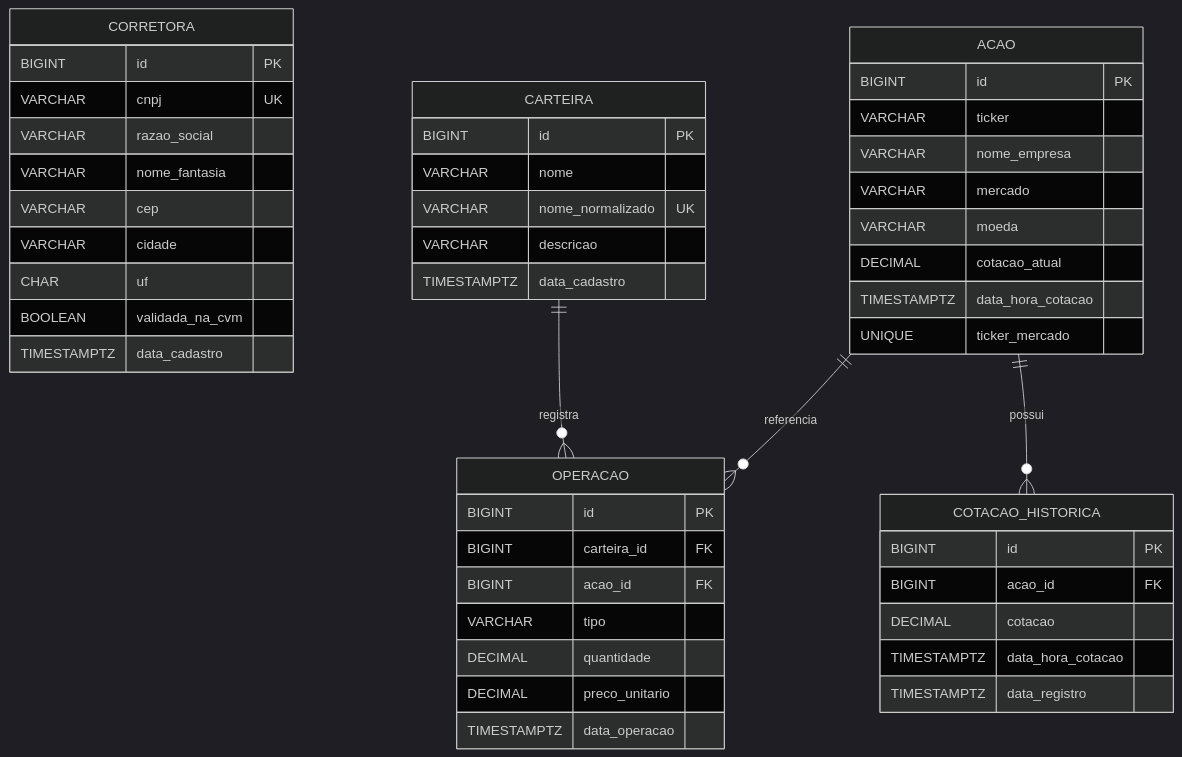
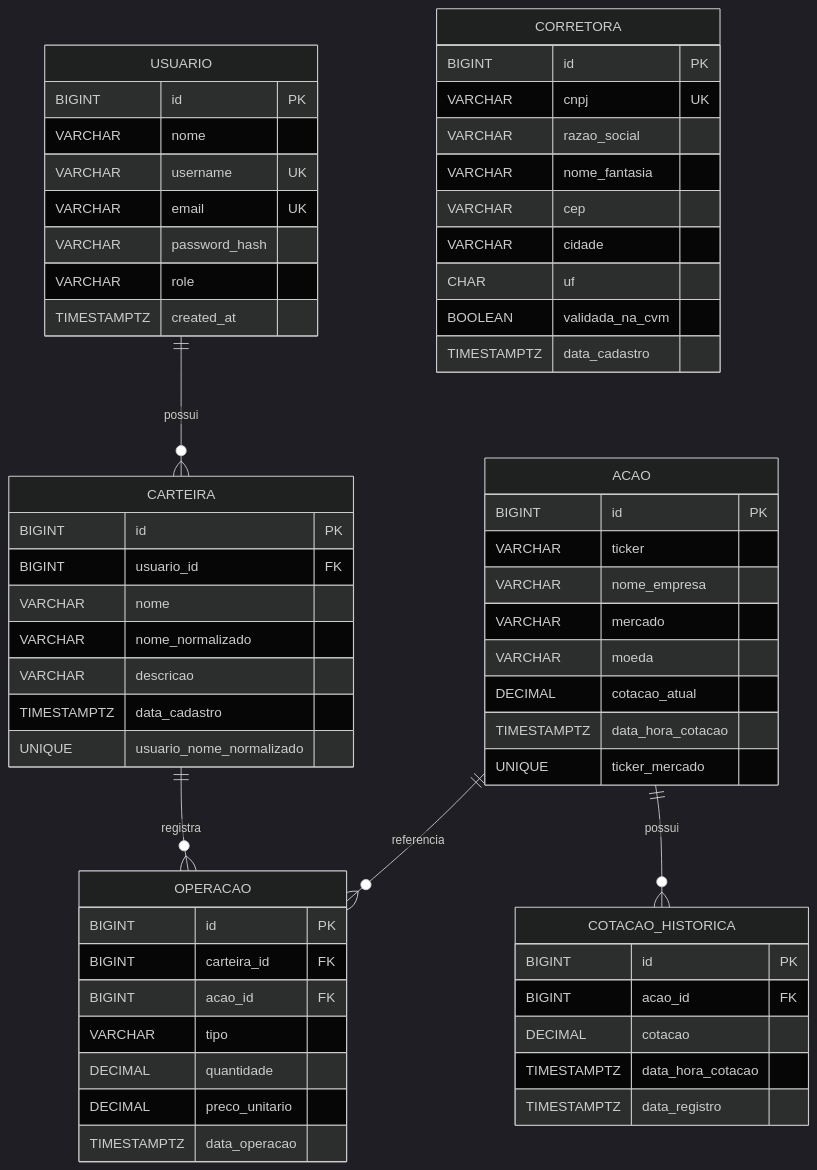
Before and after one commit to Colavite-dev/gestor-investimentos: the diagram in docs/architecture/entity-model.md, drawn with Mermaid (dark theme). The commit also changed other lines of this file and 269 other files, not shown here.

````diff
--- a/docs/architecture/entity-model.md
+++ b/docs/architecture/entity-model.md
@@ -5,55 +5,68 @@
 ```mermaid
 erDiagram
+    USUARIO {
+        BIGINT id PK
+        VARCHAR nome
+        VARCHAR username UK
+        VARCHAR email UK
+        VARCHAR password_hash
+        VARCHAR role
+        TIMESTAMPTZ created_at
+    }
+
     CORRETORA {
         BIGINT id PK
         VARCHAR cnpj UK
         VARCHAR razao_social
         VARCHAR nome_fantasia
         VARCHAR cep
         VARCHAR cidade
         CHAR uf
         BOOLEAN validada_na_cvm
         TIMESTAMPTZ data_cadastro
     }
 
     ACAO {
         BIGINT id PK
         VARCHAR ticker
         VARCHAR nome_empresa
         VARCHAR mercado
         VARCHAR moeda
         DECIMAL cotacao_atual
         TIMESTAMPTZ data_hora_cotacao
         UNIQUE ticker_mercado
     }
 
     CARTEIRA {
         BIGINT id PK
+        BIGINT usuario_id FK
         VARCHAR nome
-        VARCHAR nome_normalizado UK
+        VARCHAR nome_normalizado
         VARCHAR descricao
         TIMESTAMPTZ data_cadastro
+        UNIQUE usuario_nome_normalizado
     }
 
     OPERACAO {
         BIGINT id PK
         BIGINT carteira_id FK
         BIGINT acao_id FK
         VARCHAR tipo
         DECIMAL quantidade
         DECIMAL preco_unitario
         TIMESTAMPTZ data_operacao
     }
 
     COTACAO_HISTORICA {
         BIGINT id PK
         BIGINT acao_id FK
         DECIMAL cotacao
         TIMESTAMPTZ data_hora_cotacao
         TIMESTAMPTZ data_registro
     }
 
+    USUARIO ||--o{ CARTEIRA : possui
     CARTEIRA ||--o{ OPERACAO : registra
     ACAO ||--o{ OPERACAO : referencia
     ACAO ||--o{ COTACAO_HISTORICA : possui
 ```
````
